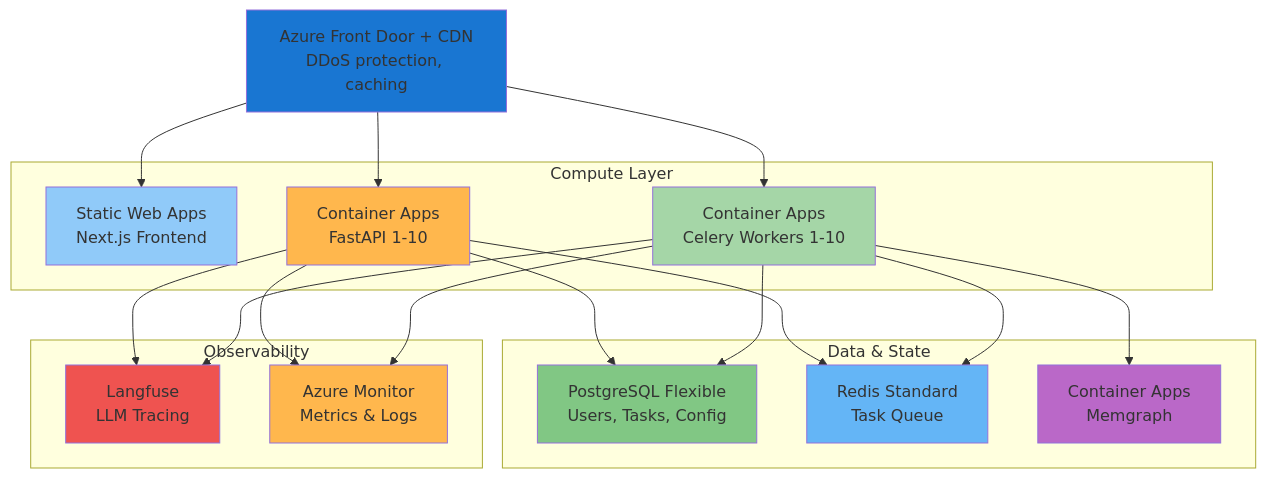
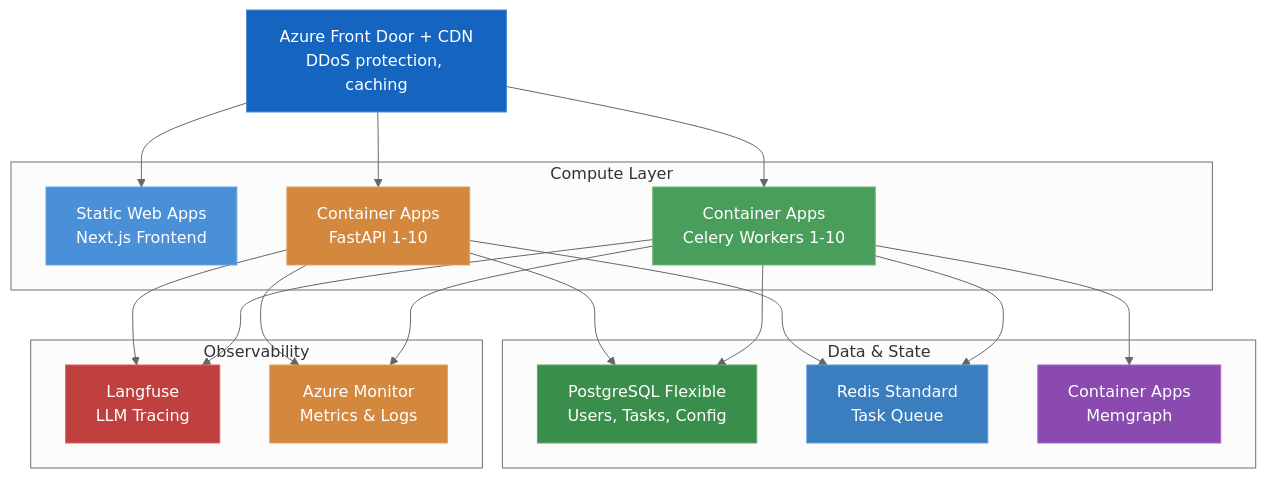
Before and after one commit to phucsystem/agent-foundry: the seventh of 7 diagrams in docs/system-architecture.md, drawn with Mermaid. The commit also changed other lines of this file, not shown here.

First line of the commit message:
docs: update mermaid diagrams for dark theme compatibility

````diff
--- a/docs/system-architecture.md
+++ b/docs/system-architecture.md
@@ -433,46 +439,47 @@
 ```mermaid
+%%{init: {'theme': 'neutral'}}%%
 graph TB
     FD["Azure Front Door + CDN<br/>DDoS protection, caching"]
 
     subgraph compute["Compute Layer"]
         SWA["Static Web Apps<br/>Next.js Frontend"]
         API["Container Apps<br/>FastAPI 1-10"]
         WK["Container Apps<br/>Celery Workers 1-10"]
     end
 
     subgraph data["Data & State"]
         PG["PostgreSQL Flexible<br/>Users, Tasks, Config"]
         RD["Redis Standard<br/>Task Queue"]
         MG["Container Apps<br/>Memgraph"]
     end
 
     subgraph obs["Observability"]
         LF["Langfuse<br/>LLM Tracing"]
         AM["Azure Monitor<br/>Metrics & Logs"]
     end
 
     FD --> SWA
     FD --> API
     FD --> WK
 
     API --> PG
     API --> RD
     WK --> RD
     WK --> PG
     WK --> MG
 
     API --> LF
     WK --> LF
     API --> AM
     WK --> AM
 
-    style FD fill:#1976d2
-    style SWA fill:#90caf9
-    style API fill:#ffb74d
-    style WK fill:#a5d6a7
-    style PG fill:#81c784
-    style RD fill:#64b5f6
-    style MG fill:#ba68c8
-    style LF fill:#ef5350
-    style AM fill:#ffb74d
+    style FD fill:#1565c0,stroke:#4a90d9,color:#fff
+    style SWA fill:#4a90d9,stroke:#6ba3e0,color:#fff
+    style API fill:#d4883e,stroke:#e0a060,color:#fff
+    style WK fill:#4a9e5c,stroke:#6db87e,color:#fff
+    style PG fill:#3a8e4c,stroke:#5aaa6e,color:#fff
+    style RD fill:#3a7ec0,stroke:#5a9ee0,color:#fff
+    style MG fill:#8a4ab0,stroke:#a565ca,color:#fff
+    style LF fill:#c04040,stroke:#d06060,color:#fff
+    style AM fill:#d4883e,stroke:#e0a060,color:#fff
 ```
````
